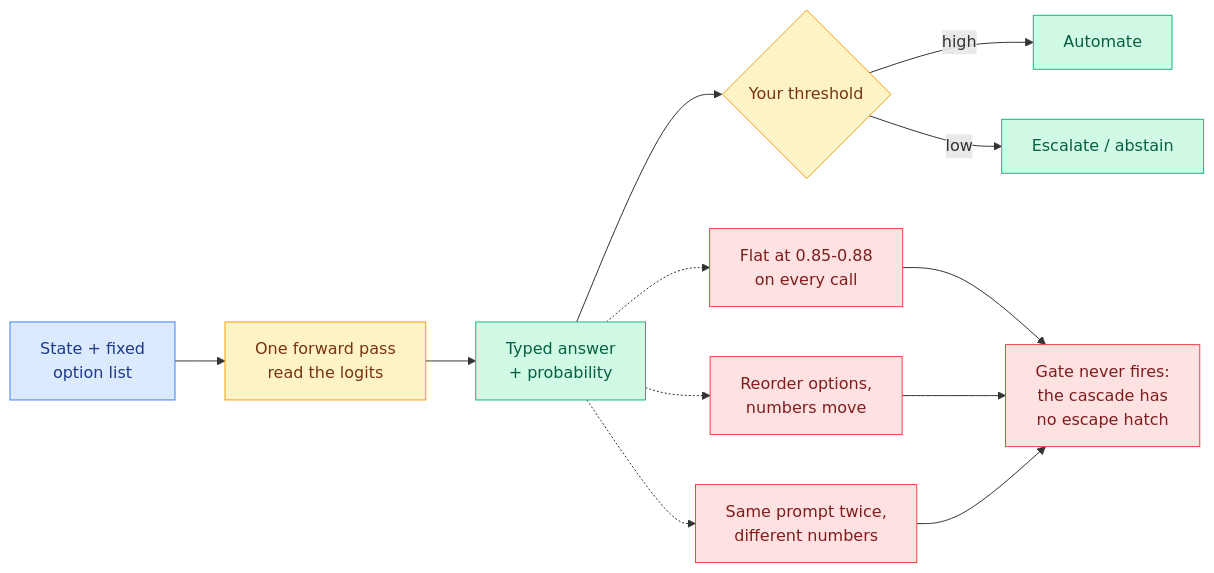
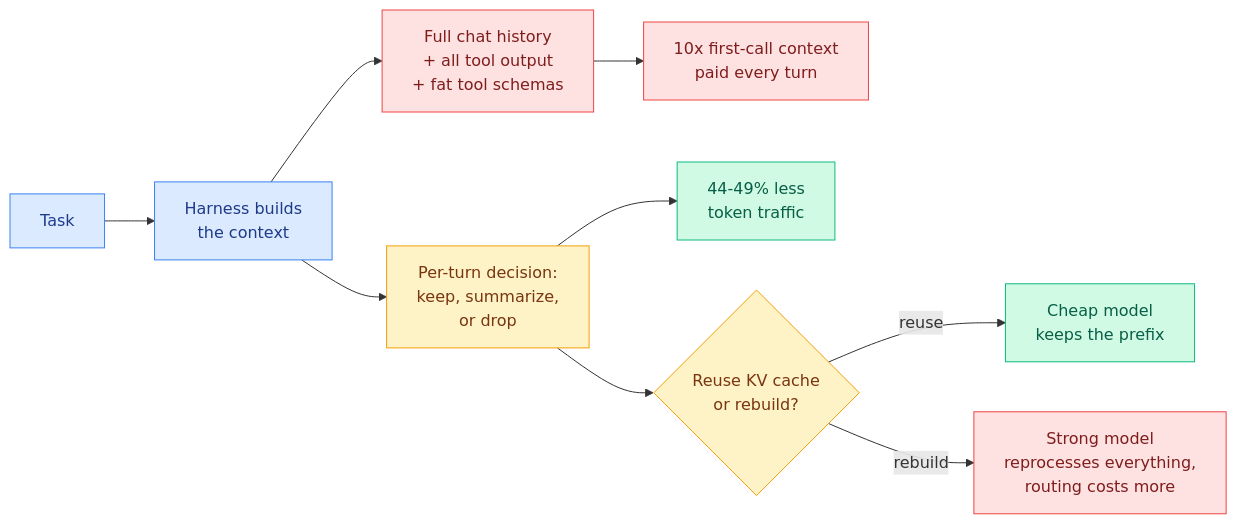
One commit to bayesiansapien/cere-bro changed the diagram in wiki/media-zone/2026-09/2026-09-21.md. Above: the diagram before and after it, drawn with Mermaid. The commit also changed other lines of this file, not shown here.

````diff
--- a/wiki/media-zone/2026-09/2026-09-21.md
+++ b/wiki/media-zone/2026-09/2026-09-21.md
@@ -20,22 +20,19 @@
 ```mermaid
 flowchart LR
-  ST[State + fixed<br/>option list] --> FWD[One forward pass<br/>read the logits]
-  FWD --> P[Typed answer<br/>+ probability]
-  P --> GATE{Your threshold}
-  GATE -->|high| AUTO[Automate]
-  GATE -->|low| ESC[Escalate / abstain]
-  P -.-> F1[Flat at 0.85-0.88<br/>on every call]
-  P -.-> F2[Reorder options,<br/>numbers move]
-  P -.-> F3[Same prompt twice,<br/>different numbers]
-  F1 --> DEAD[Gate never fires:<br/>the cascade has<br/>no escape hatch]
-  F2 --> DEAD
-  F3 --> DEAD
+  T[Task] --> H[Harness builds<br/>the context]
+  H --> C1[Full chat history<br/>+ all tool output<br/>+ fat tool schemas]
+  H --> C2[Per-turn decision:<br/>keep, summarize,<br/>or drop]
+  C1 --> BILL[10x first-call context<br/>paid every turn]
+  C2 --> SAVE[44-49% less<br/>token traffic]
+  C2 --> KV{Reuse KV cache<br/>or rebuild?}
+  KV -->|reuse| CHEAP[Cheap model<br/>keeps the prefix]
+  KV -->|rebuild| EXP[Strong model<br/>reprocesses everything,<br/>routing costs more]
   classDef input fill:#dbeafe,stroke:#3b82f6,color:#1e3a8a
   classDef decision fill:#fef3c7,stroke:#f59e0b,color:#78350f
   classDef output fill:#d1fae5,stroke:#10b981,color:#065f46
   classDef warn fill:#fee2e2,stroke:#ef4444,color:#7f1d1d
-  class ST input
-  class FWD,GATE decision
-  class P,AUTO,ESC output
-  class F1,F2,F3,DEAD warn
+  class T,H input
+  class C2,KV decision
+  class SAVE,CHEAP output
+  class C1,BILL,EXP warn
 ```
````
